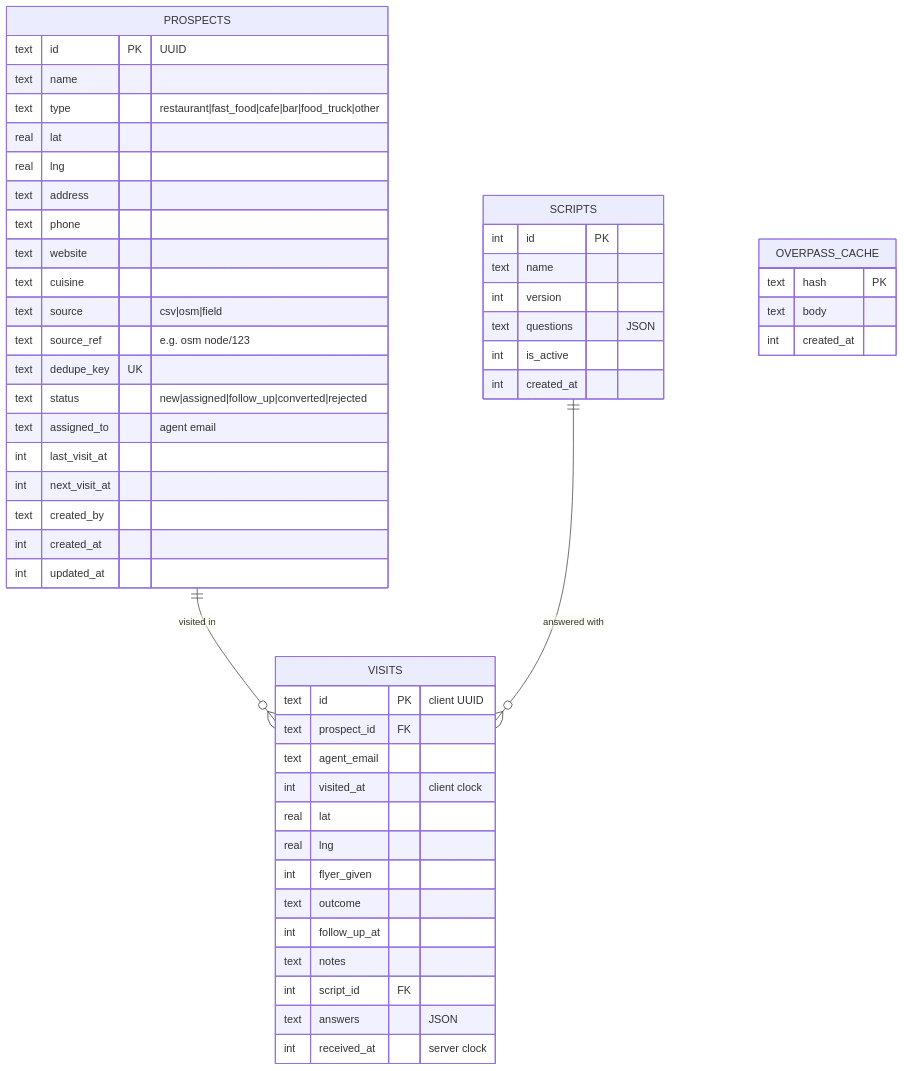
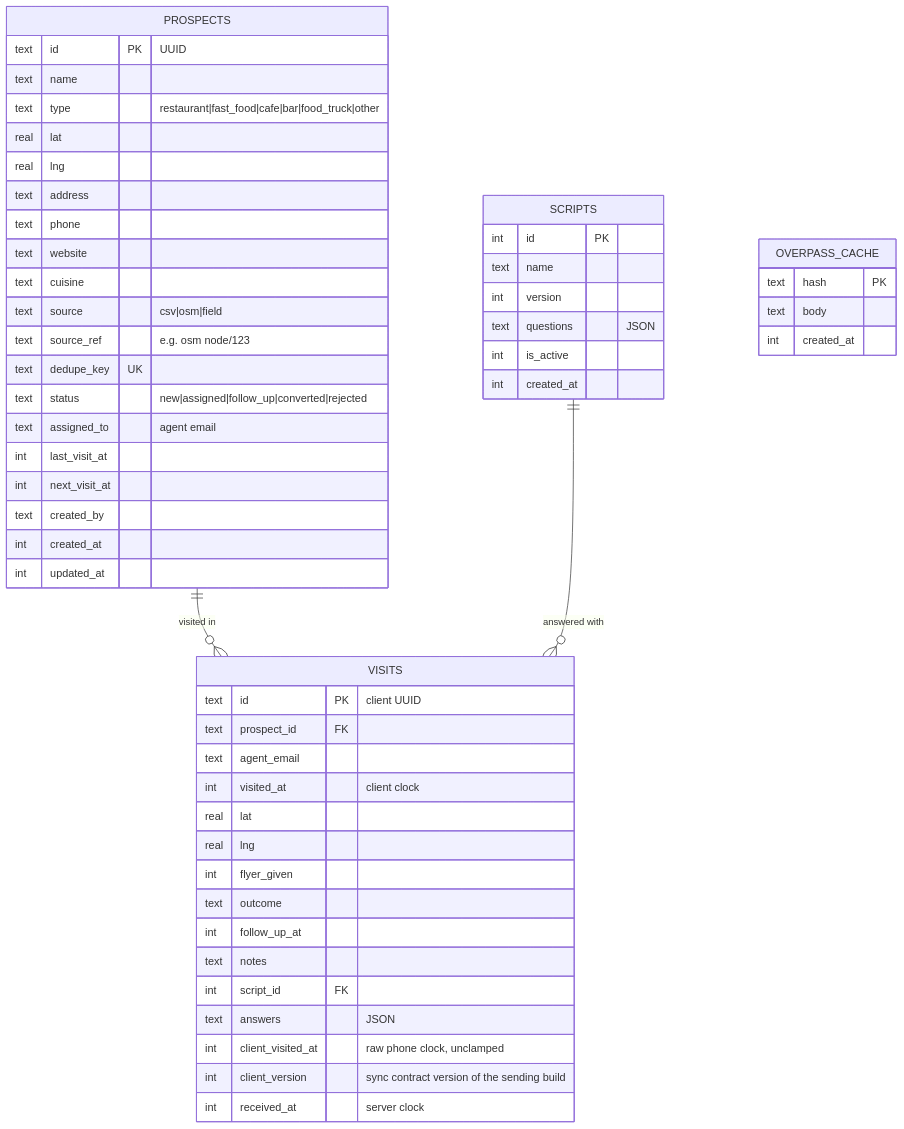
One commit to FixbyteStudio/captain-prospectus changed the diagram in docs/data-model.md. Above: the diagram before and after it, drawn with Mermaid. The commit also changed other lines of this file and 12 other files, not shown here.

````diff
--- a/docs/data-model.md
+++ b/docs/data-model.md
@@ -5,54 +5,56 @@
 ```mermaid
 erDiagram
   PROSPECTS ||--o{ VISITS : "visited in"
   SCRIPTS ||--o{ VISITS : "answered with"
   PROSPECTS {
     text id PK "UUID"
     text name
     text type "restaurant|fast_food|cafe|bar|food_truck|other"
     real lat
     real lng
     text address
     text phone
     text website
     text cuisine
     text source "csv|osm|field"
     text source_ref "e.g. osm node/123"
     text dedupe_key UK
     text status "new|assigned|follow_up|converted|rejected"
     text assigned_to "agent email"
     int last_visit_at
     int next_visit_at
     text created_by
     int created_at
     int updated_at
   }
   VISITS {
     text id PK "client UUID"
     text prospect_id FK
     text agent_email
     int visited_at "client clock"
     real lat
     real lng
     int flyer_given
     text outcome
     int follow_up_at
     text notes
     int script_id FK
     text answers "JSON"
+    int client_visited_at "raw phone clock, unclamped"
+    int client_version "sync contract version of the sending build"
     int received_at "server clock"
   }
   SCRIPTS {
     int id PK
     text name
     int version
     text questions "JSON"
     int is_active
     int created_at
   }
   OVERPASS_CACHE {
     text hash PK
     text body
     int created_at
   }
 ```
````
